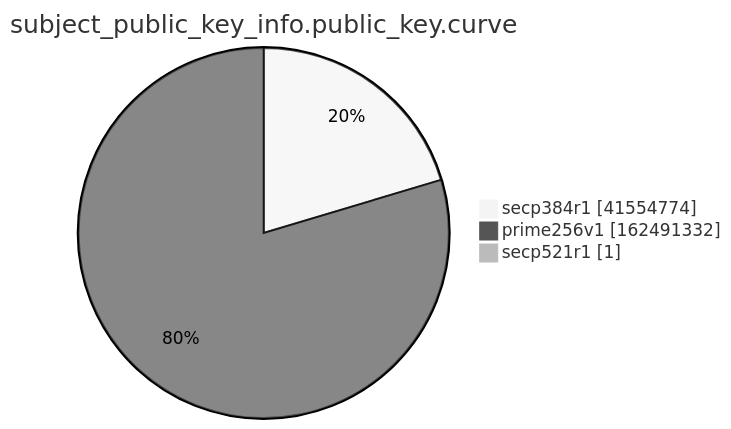
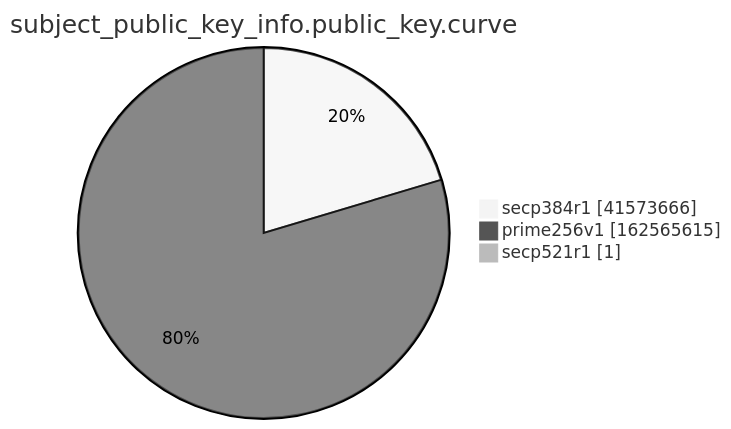
One commit to christiankrug/ctmonitor_visualization changed the ninth of 15 diagrams in xenon2022/README.md. Above: the diagram before and after it, drawn with Mermaid (neutral theme). The commit also changed other lines of this file, not shown here.

````diff
--- a/xenon2022/README.md
+++ b/xenon2022/README.md
@@ -2868,7 +2868,7 @@
 ```mermaid
 pie showData
 title subject_public_key_info.public_key.curve
-"secp384r1" :41554774
-"prime256v1" :162491332
+"secp384r1" :41573666
+"prime256v1" :162565615
 "secp521r1" :1
 ```
````
